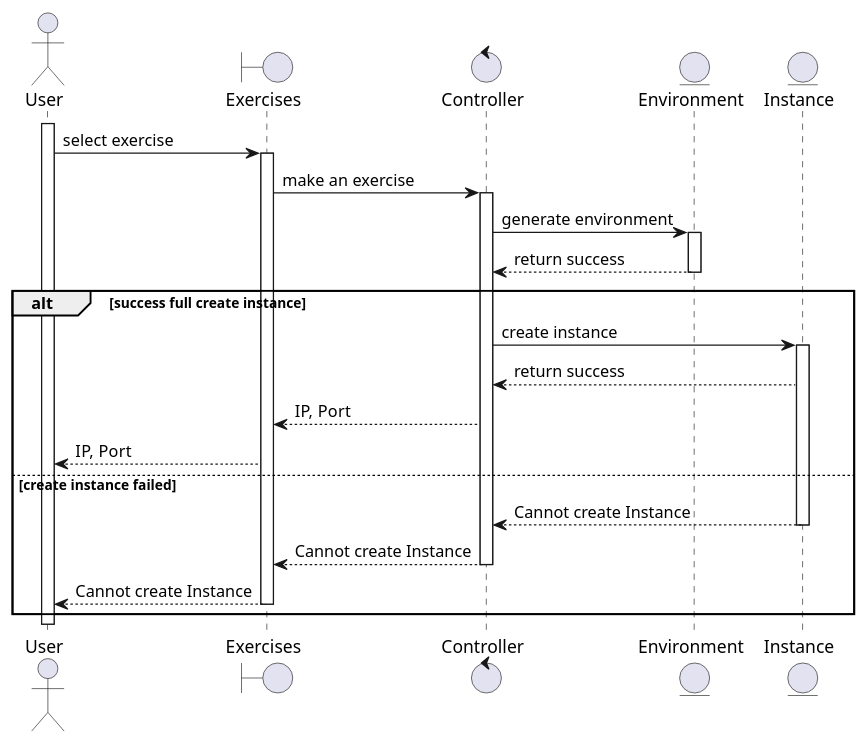
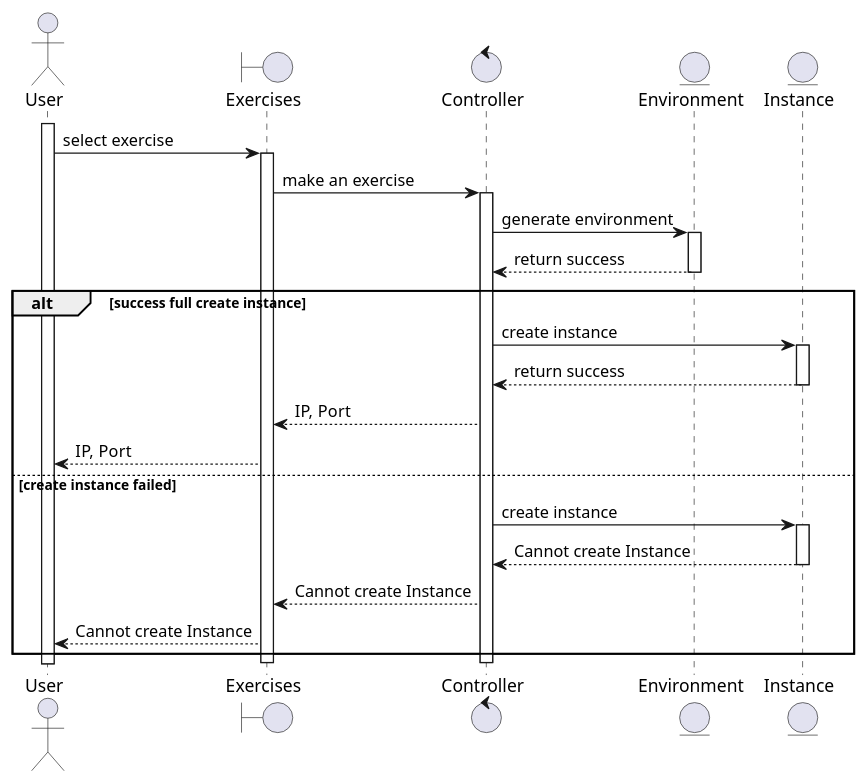
One commit to NineWP/Plant-UML-Project-code changed the diagram in seq_spawnInstance.puml. Above: the diagram before and after it, drawn with PlantUML.

Commit message:
add login register

```diff
--- a/seq_spawnInstance.puml
+++ b/seq_spawnInstance.puml
@@ -1,48 +1,43 @@
 @startuml
 
 actor User 
 activate User
 
 boundary Exercises
 
 User -> Exercises : select exercise
 activate Exercises
 
-
 control Controller
 
 Exercises -> Controller : make an exercise
 activate Controller
 
 entity Environment
 
-
-
-    Controller -> Environment : generate environment
-    activate Environment
-    Environment --> Controller : return success
-    deactivate Environment
-
+Controller -> Environment : generate environment
+activate Environment
+Environment --> Controller : return success
+deactivate Environment
 
 alt success full create instance
     entity Instance
     Controller -> Instance : create instance
     activate Instance
     Instance --> Controller : return success
+    deactivate Instance
     Controller --> Exercises : IP, Port
     Exercises --> User : IP, Port
 else create instance failed 
+    Controller -> Instance : create instance
+    activate Instance
     Instance --> Controller : Cannot create Instance
     deactivate Instance
     Controller --> Exercises : Cannot create Instance
-    deactivate Controller
     Exercises --> User : Cannot create Instance
-    deactivate Exercises
 end
 
-
-
-
-
+deactivate Controller
+deactivate Exercises
 
 @enduml
```
